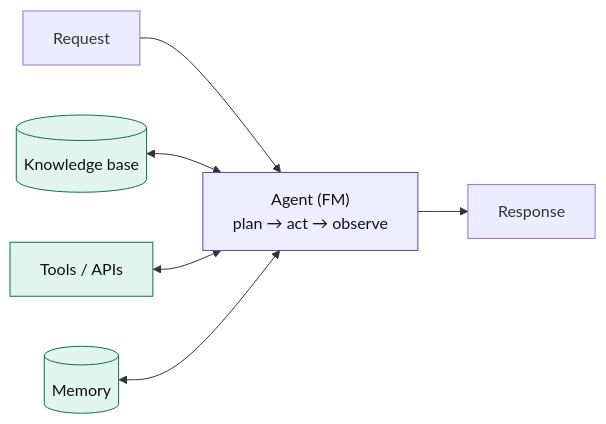
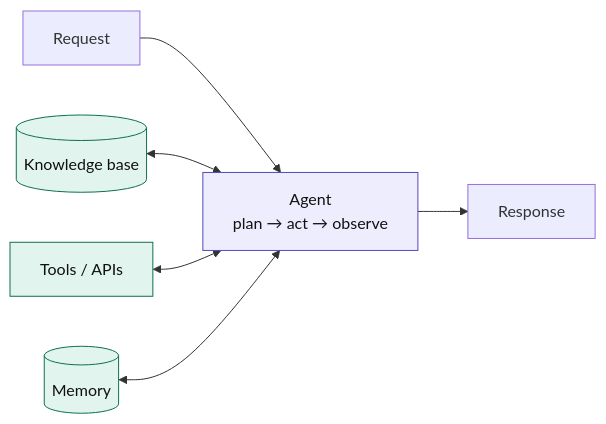
The second of 4 diagrams in sections/03-core-patterns.md (kkadapa/ai-architecture-primer), drawn with Mermaid before and after one commit. The commit also changed other lines of this file and 1 other file, not shown here.

First line of the commit message:
Elaborate home-page diagrams and fix FM label throughout

````diff
--- a/sections/03-core-patterns.md
+++ b/sections/03-core-patterns.md
@@ -49,13 +49,13 @@
 ```mermaid
 flowchart LR
-    REQ["Request"] --> AGENT["Agent (FM)\nplan → act → observe"]
+    REQ["Request"] --> AGENT["Agent\nplan → act → observe"]
     AGENT --> RESP["Response"]
     KB[("Knowledge base")] <--> AGENT
     TOOLS["Tools / APIs"] <--> AGENT
     MEM[("Memory")] <--> AGENT
 
     style AGENT fill:#EEEDFE,stroke:#534AB7,stroke-width:1px,color:#111111
     style KB fill:#E1F5EE,stroke:#0F6E56,stroke-width:1px,color:#111111
     style TOOLS fill:#E1F5EE,stroke:#0F6E56,stroke-width:1px,color:#111111
     style MEM fill:#E1F5EE,stroke:#0F6E56,stroke-width:1px,color:#111111
 ```
````
